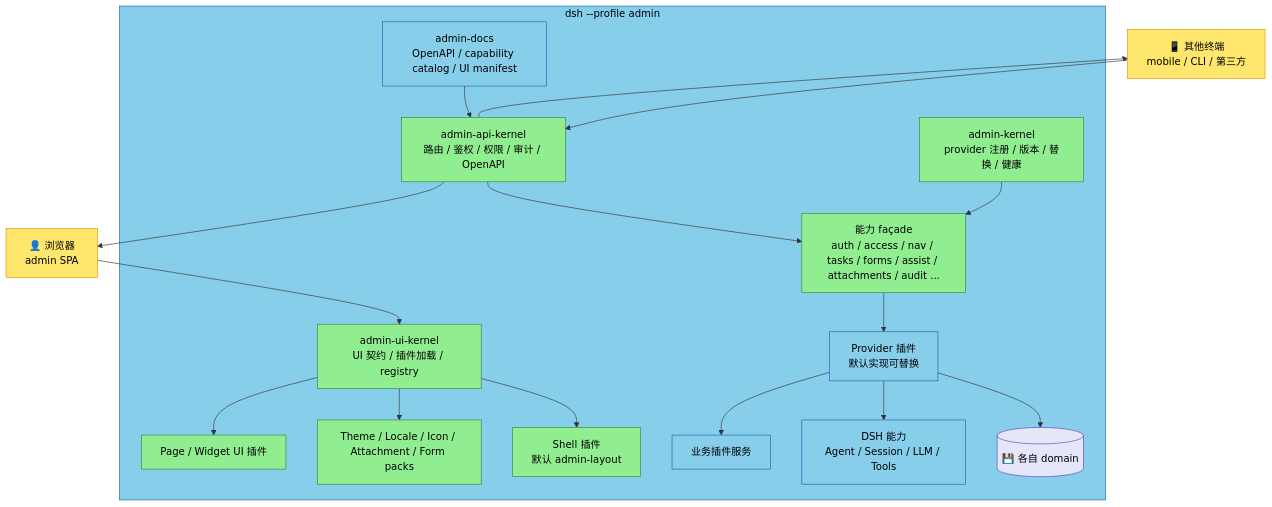
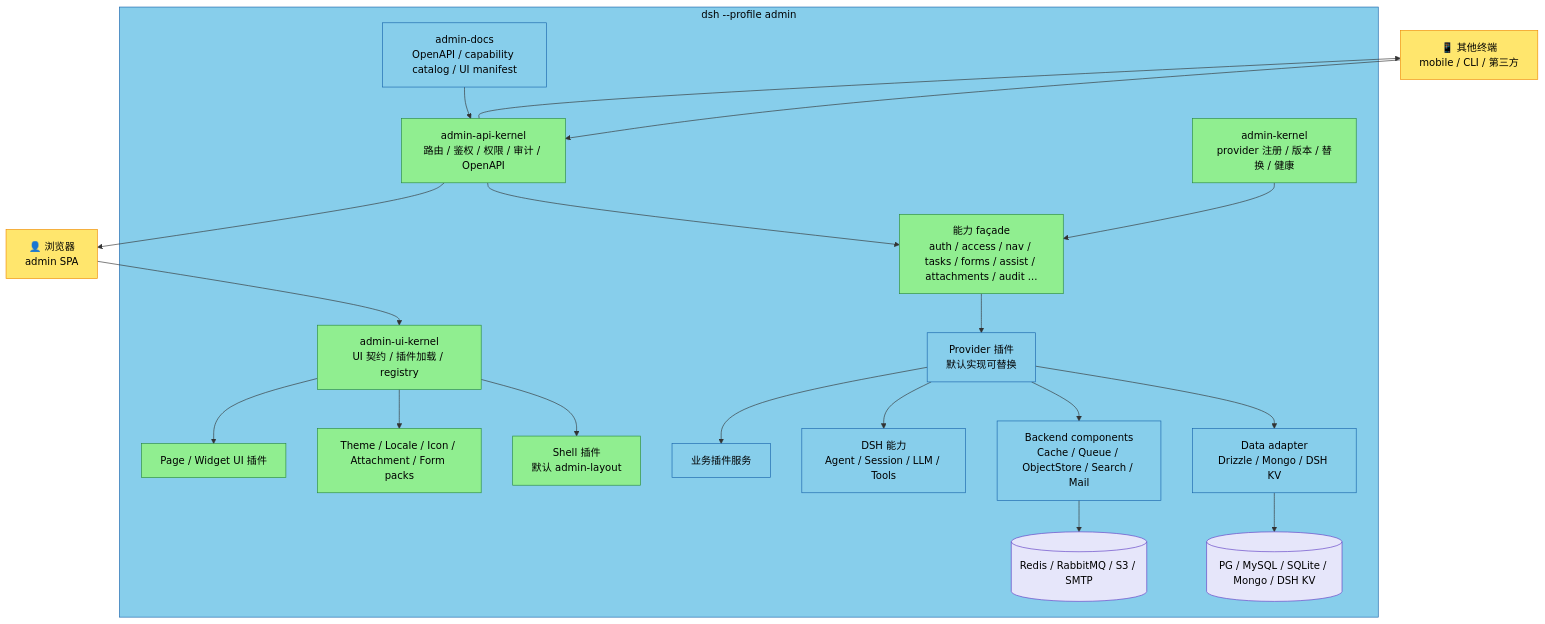
Before and after one commit to waixiaowai/veren: the first of 3 diagrams in docs/admin-system-design.cn.md, drawn with Mermaid. The commit also changed other lines of this file and 82 other files, not shown here.

````diff
--- a/docs/admin-system-design.cn.md
+++ b/docs/admin-system-design.cn.md
@@ -139,31 +168,34 @@
 ```mermaid
 flowchart TB
   Browser[👤 浏览器<br/>admin SPA] --> UIKernel["admin-ui-kernel<br/>UI 契约 / 插件加载 / registry"]
   Terminal[📱 其他终端<br/>mobile / CLI / 第三方] --> APIKernel["admin-api-kernel<br/>路由 / 鉴权 / 权限 / 审计 / OpenAPI"]
 
   subgraph Platform["dsh --profile admin"]
     UIKernel --> Shell["Shell 插件<br/>默认 admin-layout"]
     UIKernel --> Packs["Theme / Locale / Icon / Attachment / Form packs"]
     UIKernel --> UIPlugins["Page / Widget UI 插件"]
 
     APIKernel --> Facades["能力 façade<br/>auth / access / nav / tasks / forms / assist / attachments / audit ..."]
     Facades --> Providers["Provider 插件<br/>默认实现可替换"]
-    Providers --> Store[(💾 各自 domain)]
+    Providers --> Data["Data adapter<br/>Drizzle / Mongo / DSH KV"]
+    Data --> DB[(PG / MySQL / SQLite / Mongo / DSH KV)]
+    Providers --> Backend["Backend components<br/>Cache / Queue / ObjectStore / Search / Mail"]
+    Backend --> Middleware[(Redis / RabbitMQ / S3 / SMTP)]
     Providers --> DSH["DSH 能力<br/>Agent / Session / LLM / Tools"]
     Providers --> Biz["业务插件服务"]
     Kernel["admin-kernel<br/>provider 注册 / 版本 / 替换 / 健康"] --> Facades
     Docs["admin-docs<br/>OpenAPI / capability catalog / UI manifest"] --> APIKernel
   end
 
   APIKernel --> Browser
   APIKernel --> Terminal
 
   classDef actor fill:#FFE66D,stroke:#F08C00,color:#000
   classDef primary fill:#90EE90,stroke:#2B8A3E,color:#000
   classDef data fill:#E6E6FA,stroke:#5F3DC4,color:#000
   classDef platform fill:#87CEEB,stroke:#1864AB,color:#000
   class Browser,Terminal actor
   class Kernel,Facades,UIKernel,APIKernel,Shell,Packs,UIPlugins primary
-  class Store data
-  class Platform,Providers,DSH,Biz,Docs platform
+  class DB,Middleware data
+  class Platform,Providers,DSH,Biz,Docs,Data,Backend platform
 ```
````
